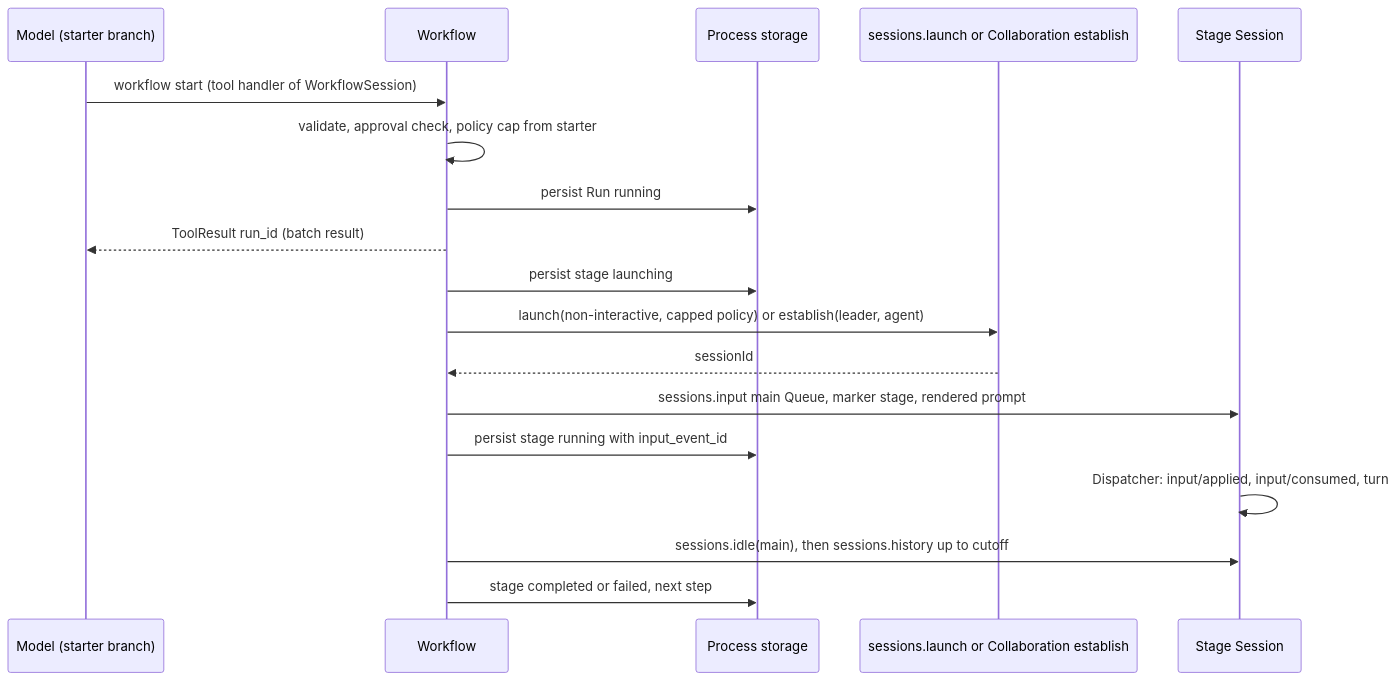
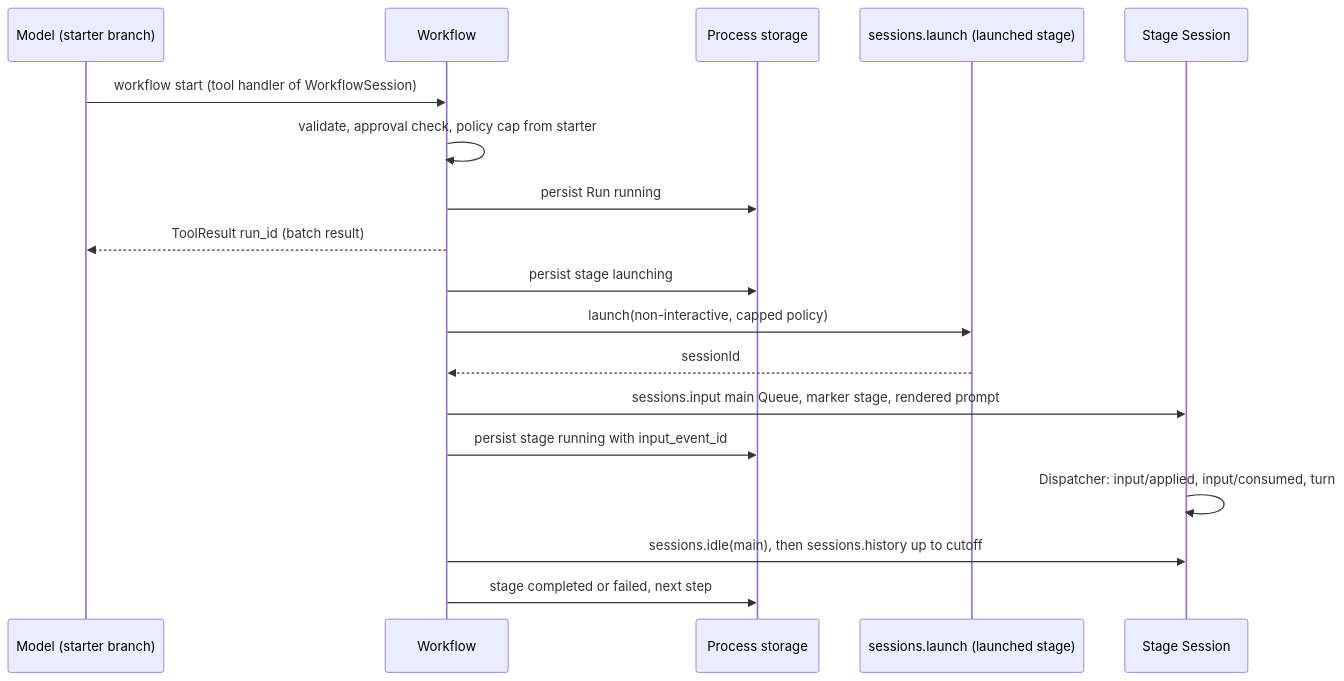
Before and after one commit to CoutinhoTTS/dim-agent: the third of 6 diagrams in docs/design/plugins/Workflow.md, drawn with Mermaid. The commit also changed other lines of this file and 42 other files, not shown here.

````diff
--- a/docs/design/plugins/Workflow.md
+++ b/docs/design/plugins/Workflow.md
@@ -96,20 +96,20 @@
 ```mermaid
 sequenceDiagram
   participant M as Model (starter branch)
   participant WF as Workflow
   participant ST as Process storage
-  participant AG as sessions.launch or Collaboration establish
+  participant AG as sessions.launch (launched stage)
   participant SS as Stage Session
   M->>WF: workflow start (tool handler of WorkflowSession)
   WF->>WF: validate, approval check, policy cap from starter
   WF->>ST: persist Run running
   WF-->>M: ToolResult run_id (batch result)
   WF->>ST: persist stage launching
-  WF->>AG: launch(non-interactive, capped policy) or establish(leader, agent)
+  WF->>AG: launch(non-interactive, capped policy)
   AG-->>WF: sessionId
   WF->>SS: sessions.input main Queue, marker stage, rendered prompt
   WF->>ST: persist stage running with input_event_id
   SS->>SS: Dispatcher: input/applied, input/consumed, turn
   WF->>SS: sessions.idle(main), then sessions.history up to cutoff
   WF->>ST: stage completed or failed, next step
 ```
````
